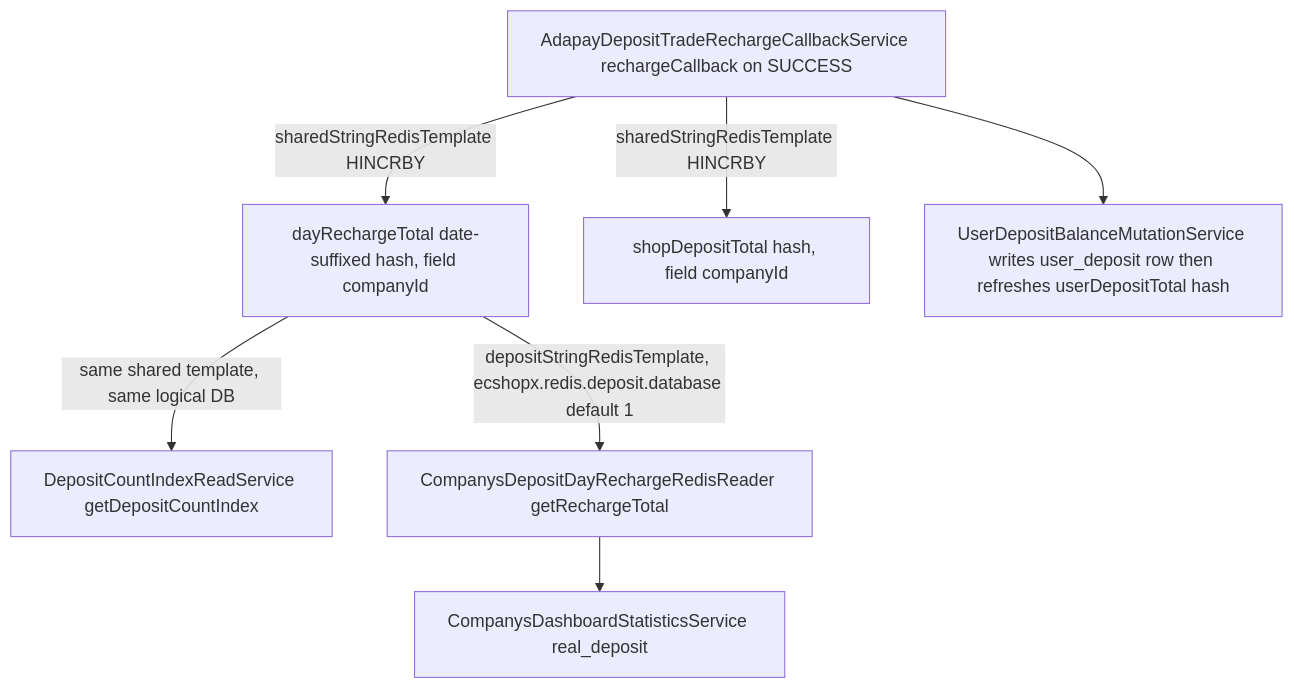
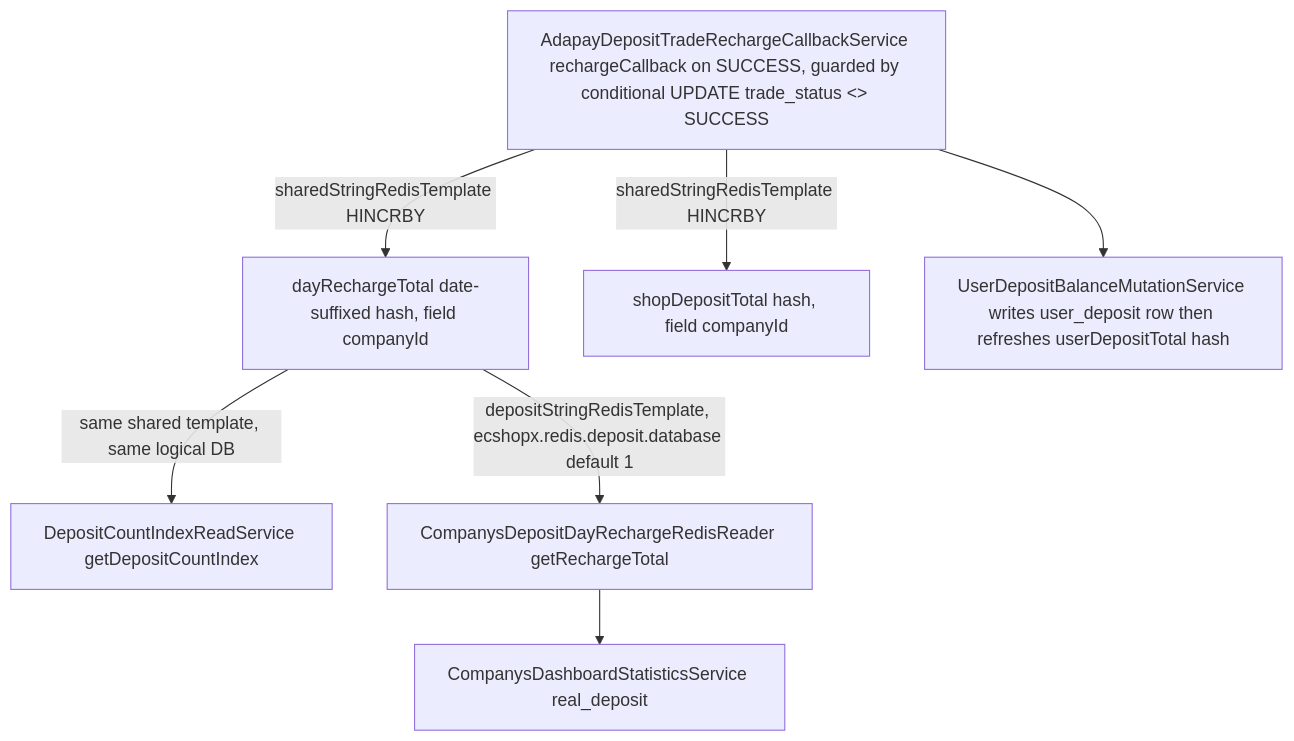
The diagram in openwiki/concepts/redis-databases.md (ShopeX/ECShopX-Java), drawn with Mermaid before and after one commit. The commit also changed other lines of this file and 186 other files, not shown here.

````diff
--- a/openwiki/concepts/redis-databases.md
+++ b/openwiki/concepts/redis-databases.md
@@ -121,10 +125,10 @@
 ```mermaid
 flowchart TD
-    PAY["AdapayDepositTradeRechargeCallbackService rechargeCallback on SUCCESS"]
+    PAY["AdapayDepositTradeRechargeCallbackService rechargeCallback on SUCCESS, guarded by conditional UPDATE trade_status &lt;&gt; SUCCESS"]
     PAY -->|"sharedStringRedisTemplate HINCRBY"| DAY["dayRechargeTotal date-suffixed hash, field companyId"]
     PAY -->|"sharedStringRedisTemplate HINCRBY"| TOT["shopDepositTotal hash, field companyId"]
     PAY --> BAL["UserDepositBalanceMutationService writes user_deposit row then refreshes userDepositTotal hash"]
     DAY -->|"same shared template, same logical DB"| IDX["DepositCountIndexReadService getDepositCountIndex"]
     DAY -->|"depositStringRedisTemplate, ecshopx.redis.deposit.database default 1"| RD["CompanysDepositDayRechargeRedisReader getRechargeTotal"]
     RD --> DASH["CompanysDashboardStatisticsService real_deposit"]
 ```
````
